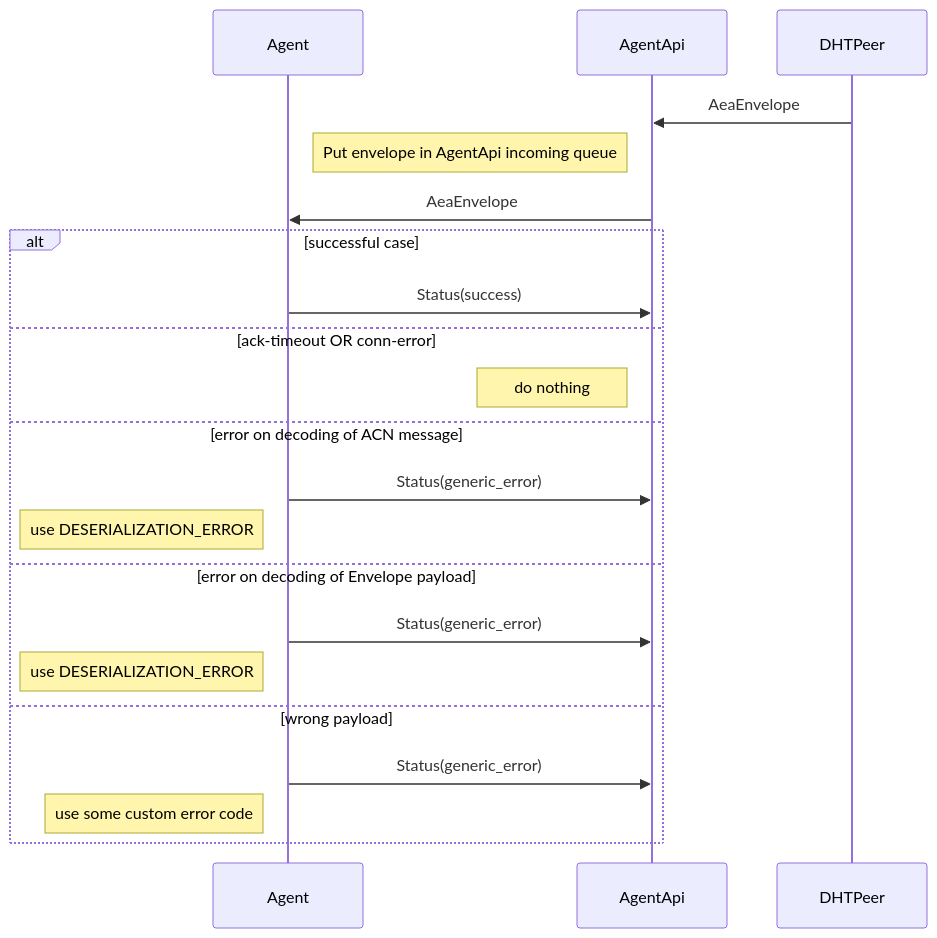
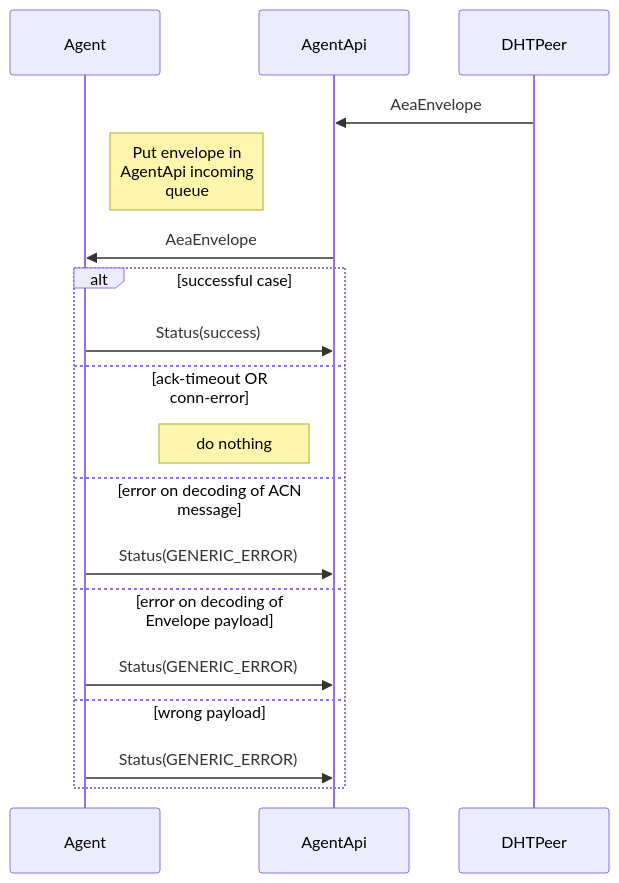
One commit to legendarydeveloper919/agents-aea changed the eighth of 8 diagrams in docs/acn-internals.md. Above: the diagram before and after it, drawn with Mermaid. The commit also changed other lines of this file, not shown here.

```diff
--- a/docs/acn-internals.md
+++ b/docs/acn-internals.md
@@ -314,23 +372,20 @@
 <div class="mermaid">
     sequenceDiagram
         participant Agent
         participant AgentApi
         participant DHTPeer
         DHTPeer->>AgentApi: AeaEnvelope
-        note right of Agent: Put envelope in AgentApi incoming queue
+        note right of Agent: Put envelope in<br/>AgentApi incoming<br/>queue
         AgentApi->>Agent: AeaEnvelope
         alt successful case
             Agent->>AgentApi: Status(success)
         else ack-timeout OR conn-error
             note left of AgentApi: do nothing
         else error on decoding of ACN message
-            Agent->>AgentApi: Status(generic_error)
-            note left of Agent: use DESERIALIZATION_ERROR
+            Agent->>AgentApi: Status(GENERIC_ERROR)
         else error on decoding of Envelope payload
-            Agent->>AgentApi: Status(generic_error)
-            note left of Agent: use DESERIALIZATION_ERROR
+            Agent->>AgentApi: Status(GENERIC_ERROR)
         else wrong payload
-            Agent->>AgentApi: Status(generic_error)
-            note left of Agent: use some custom error code
+            Agent->>AgentApi: Status(GENERIC_ERROR)
         end
 </div>
```
